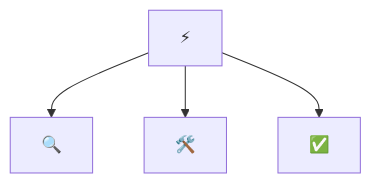
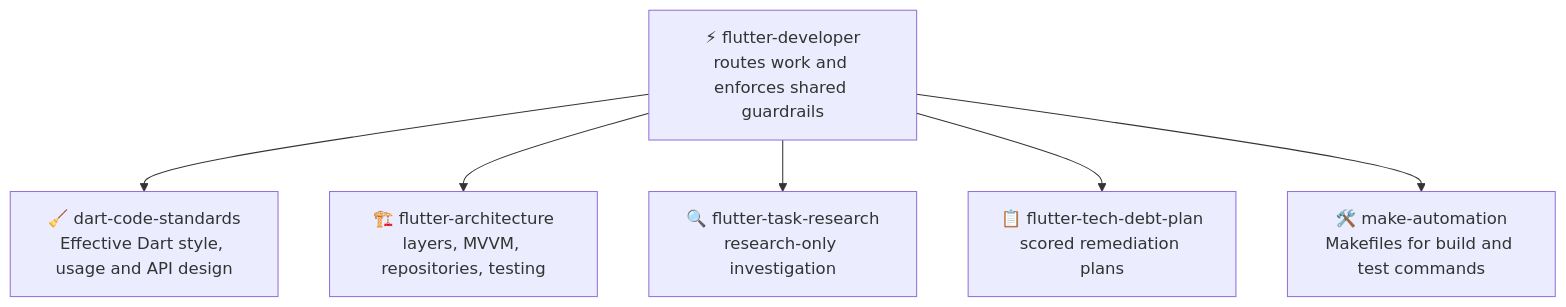
Before and after one commit to KinwiseNZ-DevOps/flutter-developer: the diagram in README.md, drawn with Mermaid. The commit also changed other lines of this file and 29 other files, not shown here.

First line of the commit message:
feat: add six Dart and Flutter developer skills

````diff
--- a/README.md
+++ b/README.md
@@ -53,7 +68,9 @@
 ```mermaid
 flowchart TD
-    R["⚡ <router-skill><br/><what it routes and enforces>"]
-    R --> A["🔍 <skill-a><br/><one-line scope>"]
-    R --> B["🛠️ <skill-b><br/><one-line scope>"]
-    R --> C["✅ <skill-c><br/><one-line scope>"]
+    R["⚡ flutter-developer<br/>routes work and enforces shared guardrails"]
+    R --> A["🧹 dart-code-standards<br/>Effective Dart style, usage and API design"]
+    R --> B["🏗️ flutter-architecture<br/>layers, MVVM, repositories, testing"]
+    R --> C["🔍 flutter-task-research<br/>research-only investigation"]
+    R --> D["📋 flutter-tech-debt-plan<br/>scored remediation plans"]
+    R --> E["🛠️ make-automation<br/>Makefiles for build and test commands"]
 ```
````
